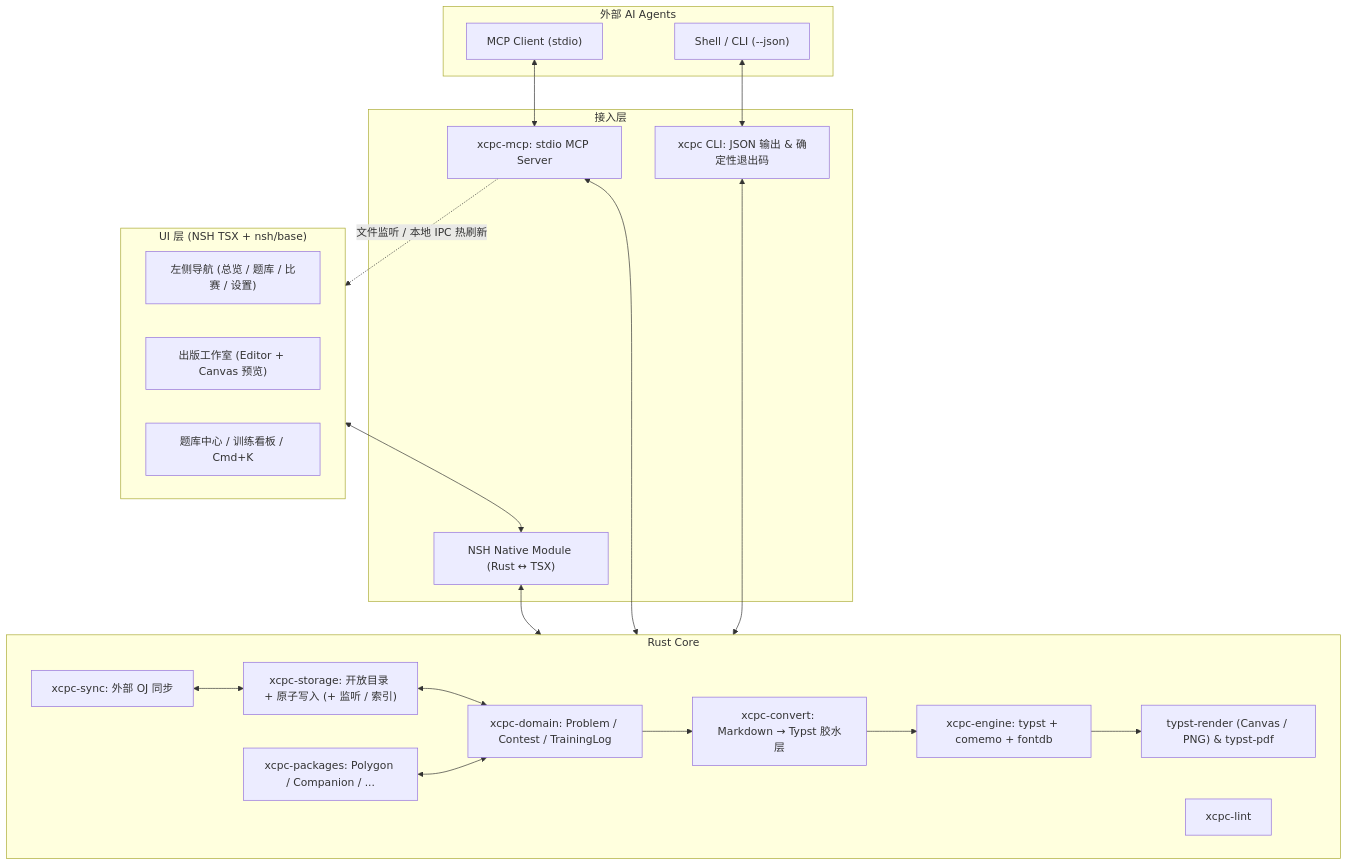
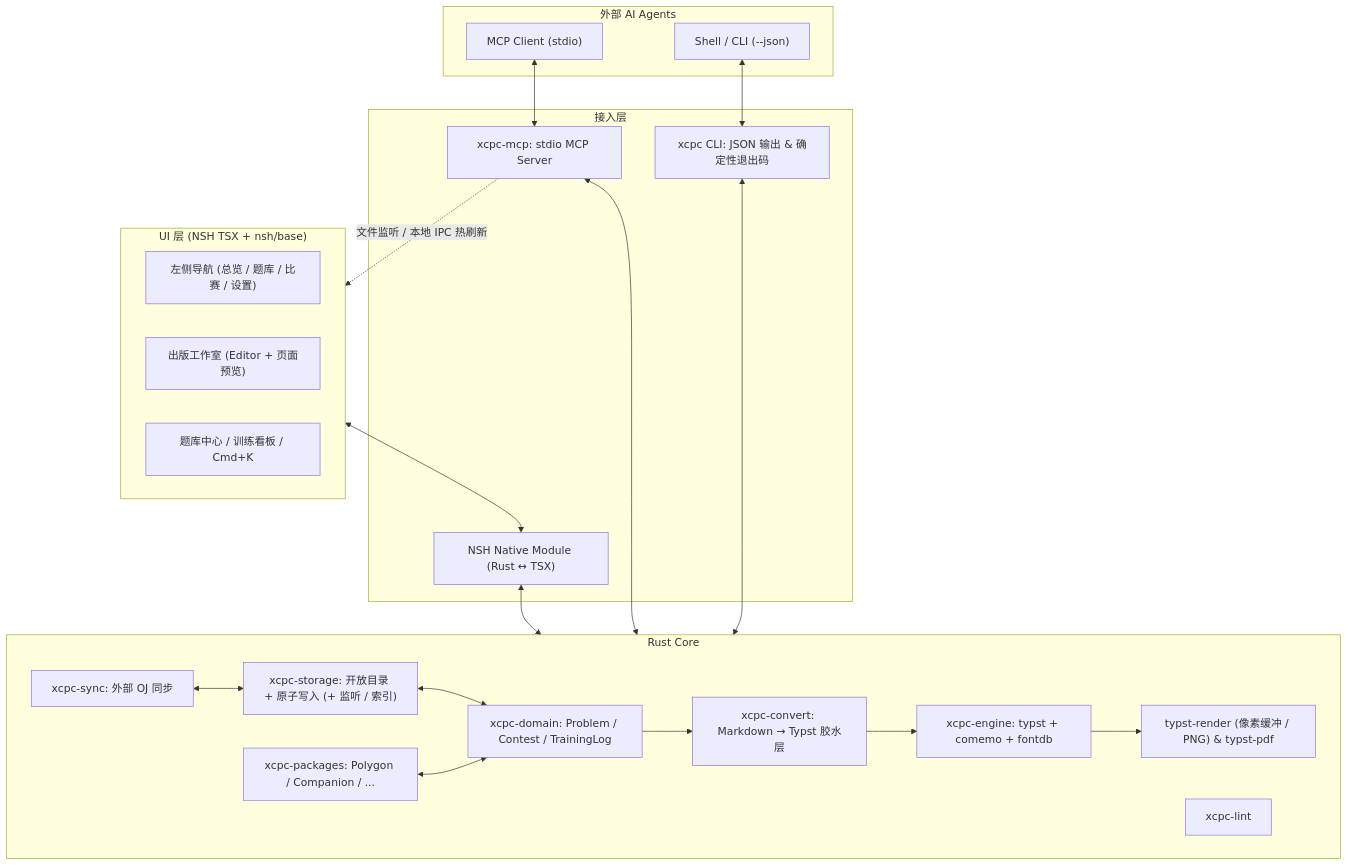
The first of 3 diagrams in docs/architecture.md (lihaoze123/xcpc-workstation), drawn with Mermaid before and after one commit. The commit also changed other lines of this file and 14 other files, not shown here.

````diff
--- a/docs/architecture.md
+++ b/docs/architecture.md
@@ -22,44 +22,44 @@
 ```mermaid
 flowchart TD
     subgraph Agents["外部 AI Agents"]
         MCPClient["MCP Client (stdio)"]
         CLICaller["Shell / CLI (--json)"]
     end
 
     subgraph UI["UI 层 (NSH TSX + nsh/base)"]
         Rail["左侧导航 (总览 / 题库 / 比赛 / 设置)"]
-        Studio["出版工作室 (Editor + Canvas 预览)"]
+        Studio["出版工作室 (Editor + 页面预览)"]
         Others["题库中心 / 训练看板 / Cmd+K"]
     end
 
     subgraph Entry["接入层"]
         Bridge["NSH Native Module (Rust ↔ TSX)"]
         MCP["xcpc-mcp: stdio MCP Server"]
         CLI["xcpc CLI: JSON 输出 & 确定性退出码"]
     end
 
     subgraph Core["Rust Core"]
         Store["xcpc-storage: 开放目录 + 原子写入 (+ 监听 / 索引)"]
         Model["xcpc-domain: Problem / Contest / TrainingLog"]
         Conv["xcpc-convert: Markdown → Typst 胶水层"]
         Lint["xcpc-lint"]
         Engine["xcpc-engine: typst + comemo + fontdb"]
-        Render["typst-render (Canvas / PNG) & typst-pdf"]
+        Render["typst-render (像素缓冲 / PNG) & typst-pdf"]
         Pkg["xcpc-packages: Polygon / Companion / ..."]
         Sync["xcpc-sync: 外部 OJ 同步"]
     end
 
     UI <--> Bridge
     MCPClient <--> MCP
     CLICaller <--> CLI
     Bridge <--> Core
     MCP <--> Core
     CLI <--> Core
     MCP -.->|"文件监听 / 本地 IPC 热刷新"| UI
     Store <--> Model
     Model --> Conv
     Conv --> Engine
     Engine --> Render
     Pkg <--> Model
     Sync <--> Store
 ```
````
